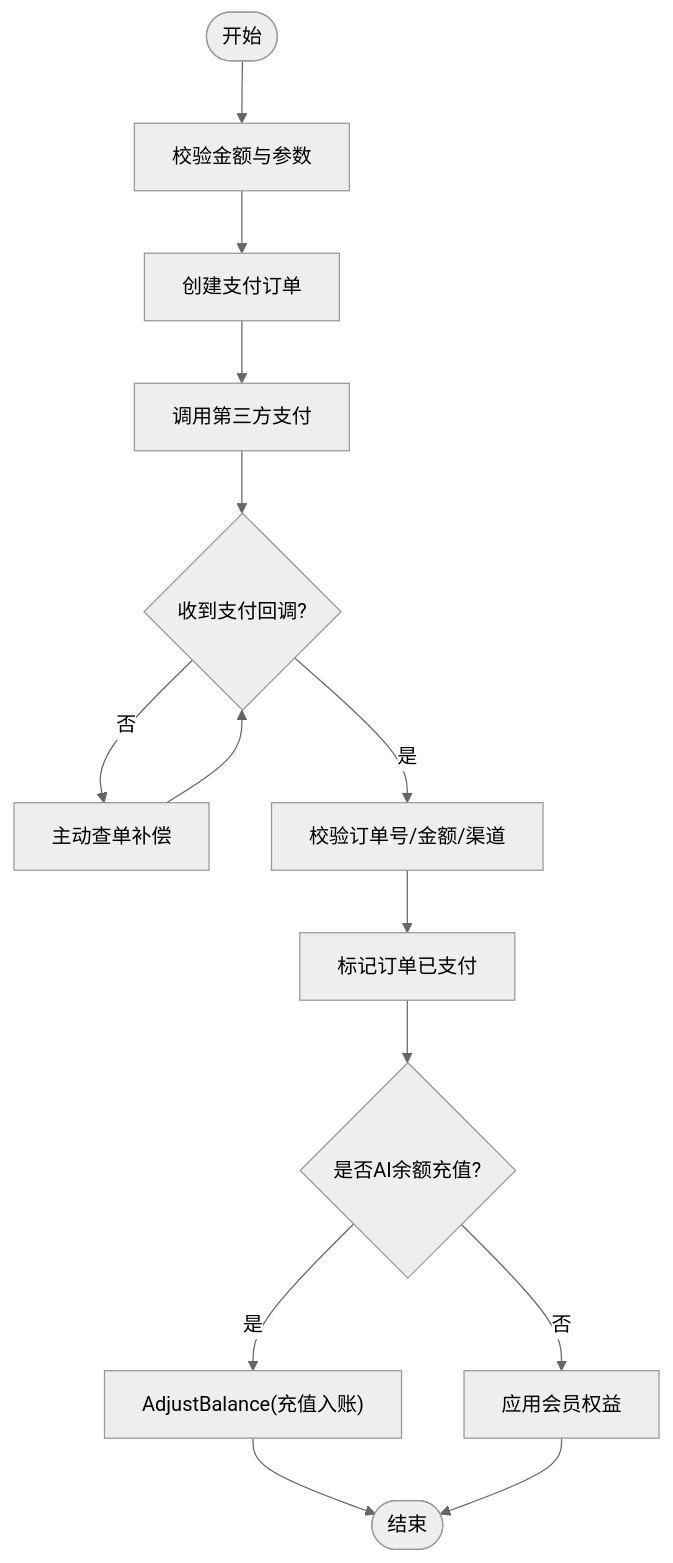
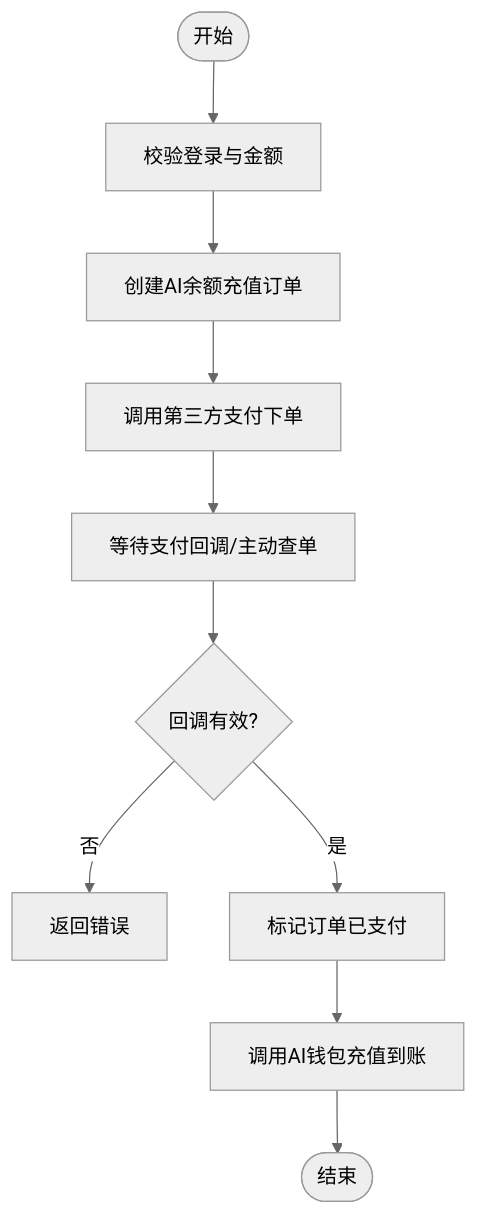
Before and after one commit to alvinwangzi/goodhr: the fourth of 7 diagrams in .qoder/repowiki/zh/content/云端后端服务/支付订阅系统/AI钱包系统.md, drawn with Mermaid (neutral theme). The commit also changed other lines of this file and 149 other files, not shown here.

````diff
--- a/.qoder/repowiki/zh/content/云端后端服务/支付订阅系统/AI钱包系统.md
+++ b/.qoder/repowiki/zh/content/云端后端服务/支付订阅系统/AI钱包系统.md
@@ -175,16 +184,12 @@
 ```mermaid
 flowchart TD
-Start(["开始"]) --> Validate["校验金额与参数"]
-Validate --> CreateOrder["创建支付订单"]
-CreateOrder --> Pay["调用第三方支付"]
-Pay --> Notify{"收到支付回调?"}
-Notify -- 否 --> Poll["主动查单补偿"]
-Notify -- 是 --> Verify["校验订单号/金额/渠道"]
-Verify --> MarkPaid["标记订单已支付"]
-MarkPaid --> Recharge{"是否AI余额充值?"}
-Recharge -- 是 --> Credit["AdjustBalance(充值入账)"]
-Recharge -- 否 --> Subscription["应用会员权益"]
-Credit --> End(["结束"])
-Subscription --> End
-Poll --> Notify
+Start(["开始"]) --> Validate["校验登录与金额"]
+Validate --> CreateOrder["创建AI余额充值订单"]
+CreateOrder --> ThirdParty["调用第三方支付下单"]
+ThirdParty --> WaitNotify["等待支付回调/主动查单"]
+WaitNotify --> Verify{"回调有效?"}
+Verify --> |否| Error["返回错误"]
+Verify --> |是| MarkPaid["标记订单已支付"]
+MarkPaid --> Apply["调用AI钱包充值到账"]
+Apply --> End(["结束"])
 ```
````
